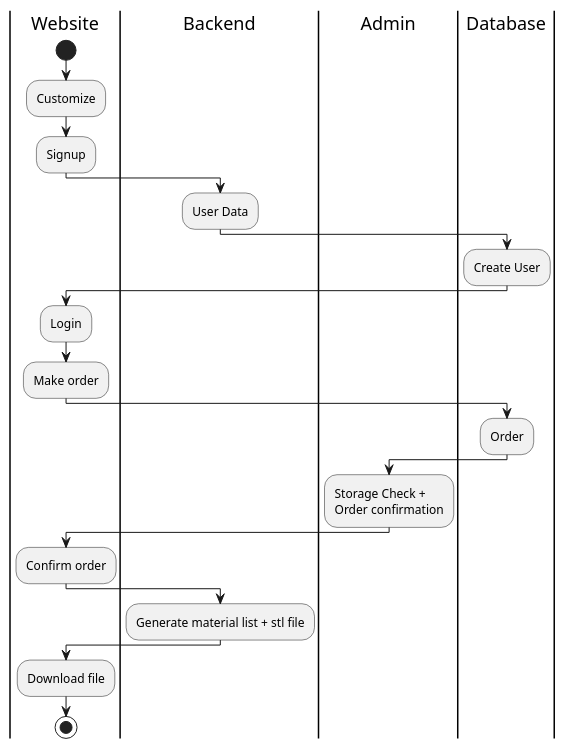
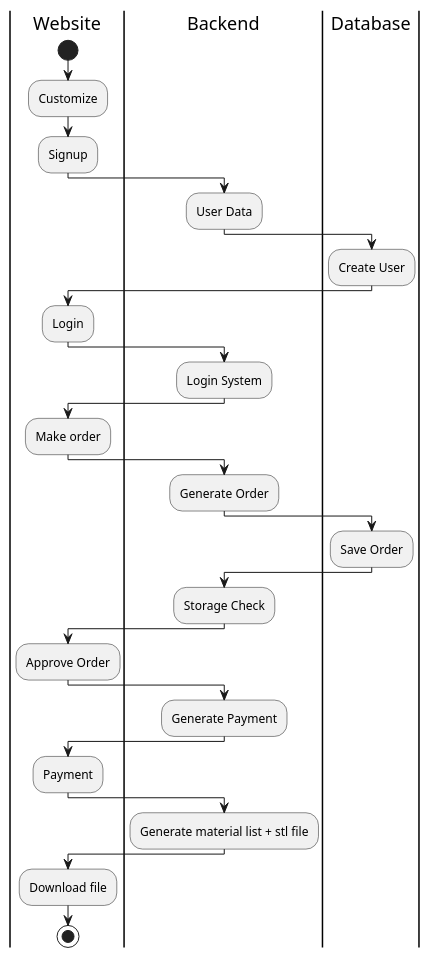
One commit to HeinLarsen/fog-carport changed the diagram in documentation/AktivitetsDiagram.puml. Above: the diagram before and after it, drawn with PlantUML.

Commit message:
Update Aktivitetsdiagram
Små detaljer i diagrammet bliver nu ændret. Venter på godkendelsen af Big Heads fra gruppen

```diff
--- a/documentation/AktivitetsDiagram.puml
+++ b/documentation/AktivitetsDiagram.puml
@@ -1,30 +1,37 @@
 @startuml
 'https://plantuml.com/activity-diagram-beta
 
 |Website|
 start
 :Customize;
 :Signup;
 |Backend|
 :User Data;
-|Admin|
 |Backend|
 |Database|
 :Create User;
 |Website|
 :Login;
+|Backend|
+:Login System;
+|Website|
 :Make order;
+|Backend|
+:Generate Order;
 |Database|
-:Order;
-|Admin|
-:Storage Check +
-Order confirmation;
+:Save Order;
+|Backend|
+:Storage Check;
 |Website|
-:Confirm order;
+:Approve Order;
+|Backend|
+:Generate Payment;
+|Website|
+:Payment;
 |Backend|
 :Generate material list + stl file;
 |Website|
 :Download file;
 stop
 
 @enduml
```
